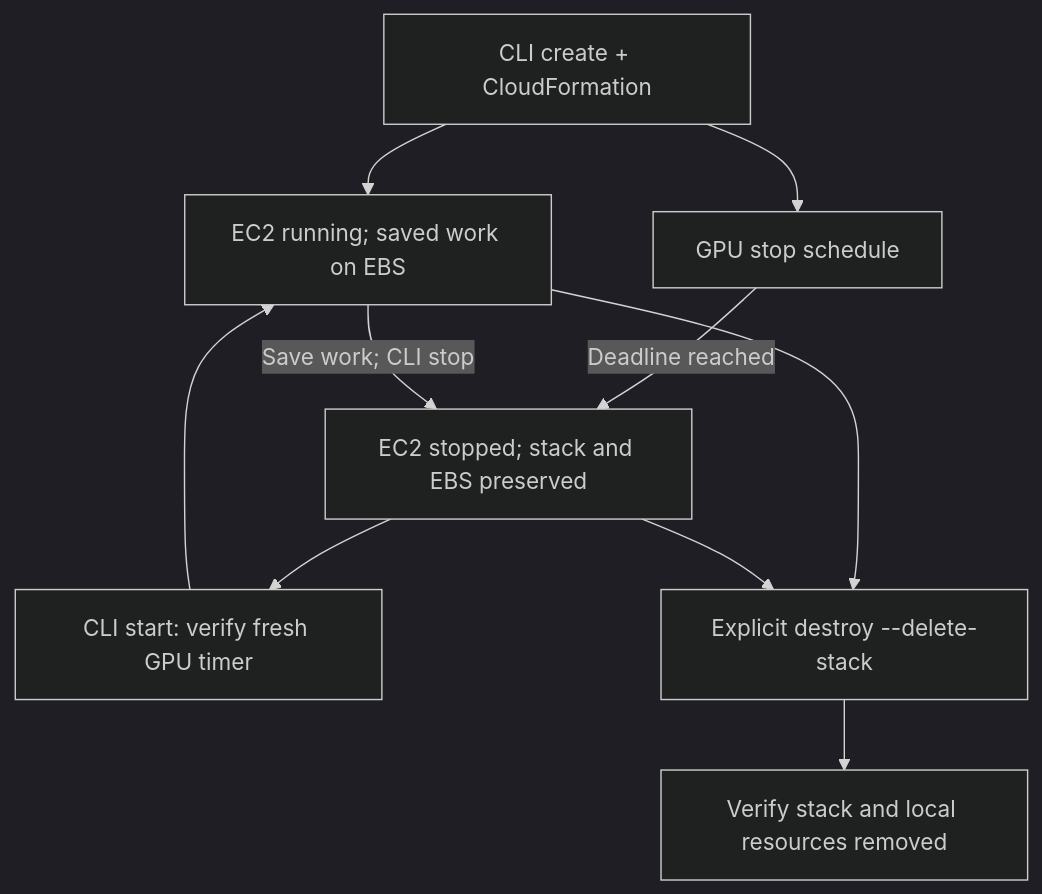
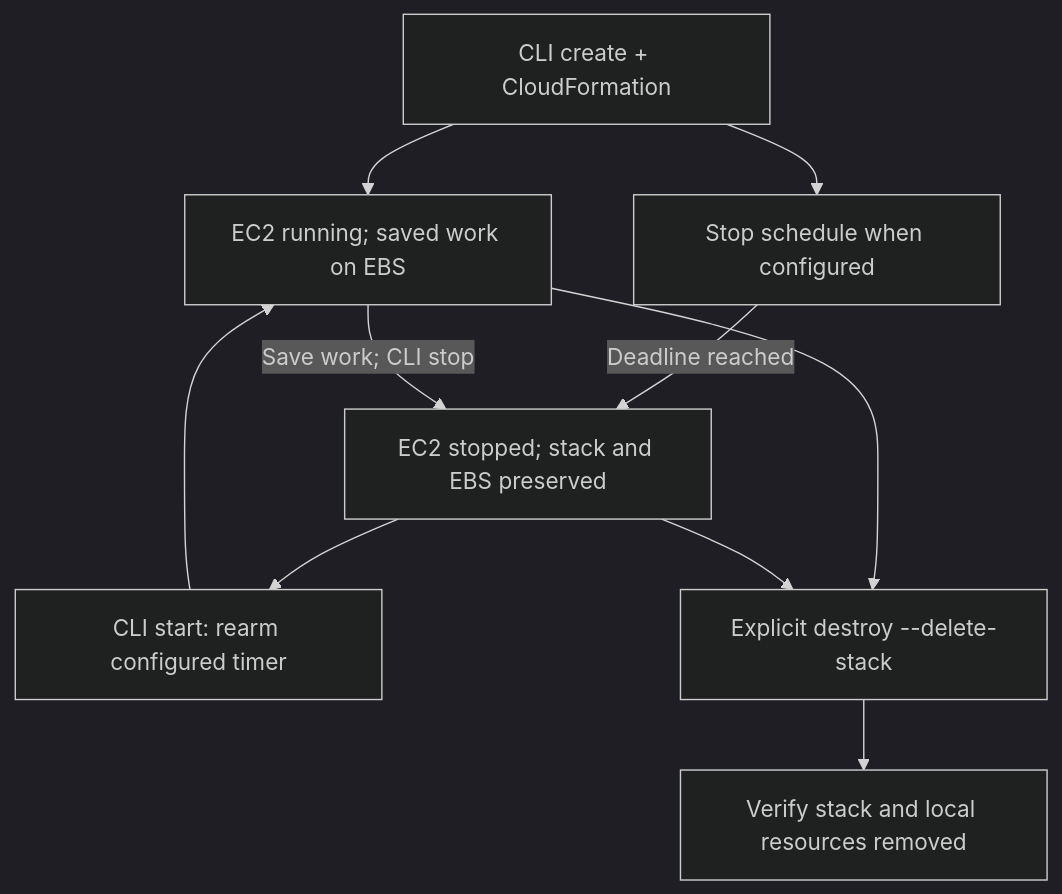
One commit to vision-kwest/studio-workstation changed the diagram in docs/workstation-lifecycle-visual.md. Above: the diagram before and after it, drawn with Mermaid (dark theme). The commit also changed other lines of this file and 10 other files, not shown here.

````diff
--- a/docs/workstation-lifecycle-visual.md
+++ b/docs/workstation-lifecycle-visual.md
@@ -7,12 +7,12 @@
 ```mermaid
 flowchart TD
   Create["CLI create + CloudFormation"] --> Running["EC2 running; saved work on EBS"]
-  Create --> Timer["GPU stop schedule"]
+  Create --> Timer["Stop schedule when configured"]
   Timer -->|"Deadline reached"| Stopped["EC2 stopped; stack and EBS preserved"]
   Running -->|"Save work; CLI stop"| Stopped
-  Stopped --> Start["CLI start: verify fresh GPU timer"]
+  Stopped --> Start["CLI start: rearm configured timer"]
   Start --> Running
   Running --> Destroy["Explicit destroy --delete-stack"]
   Stopped --> Destroy
   Destroy --> Removed["Verify stack and local resources removed"]
 ```
````
